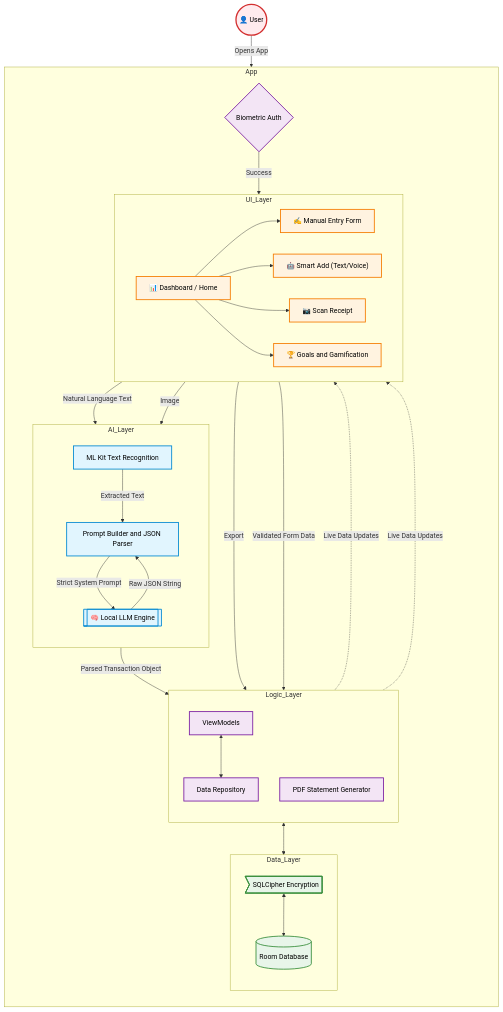
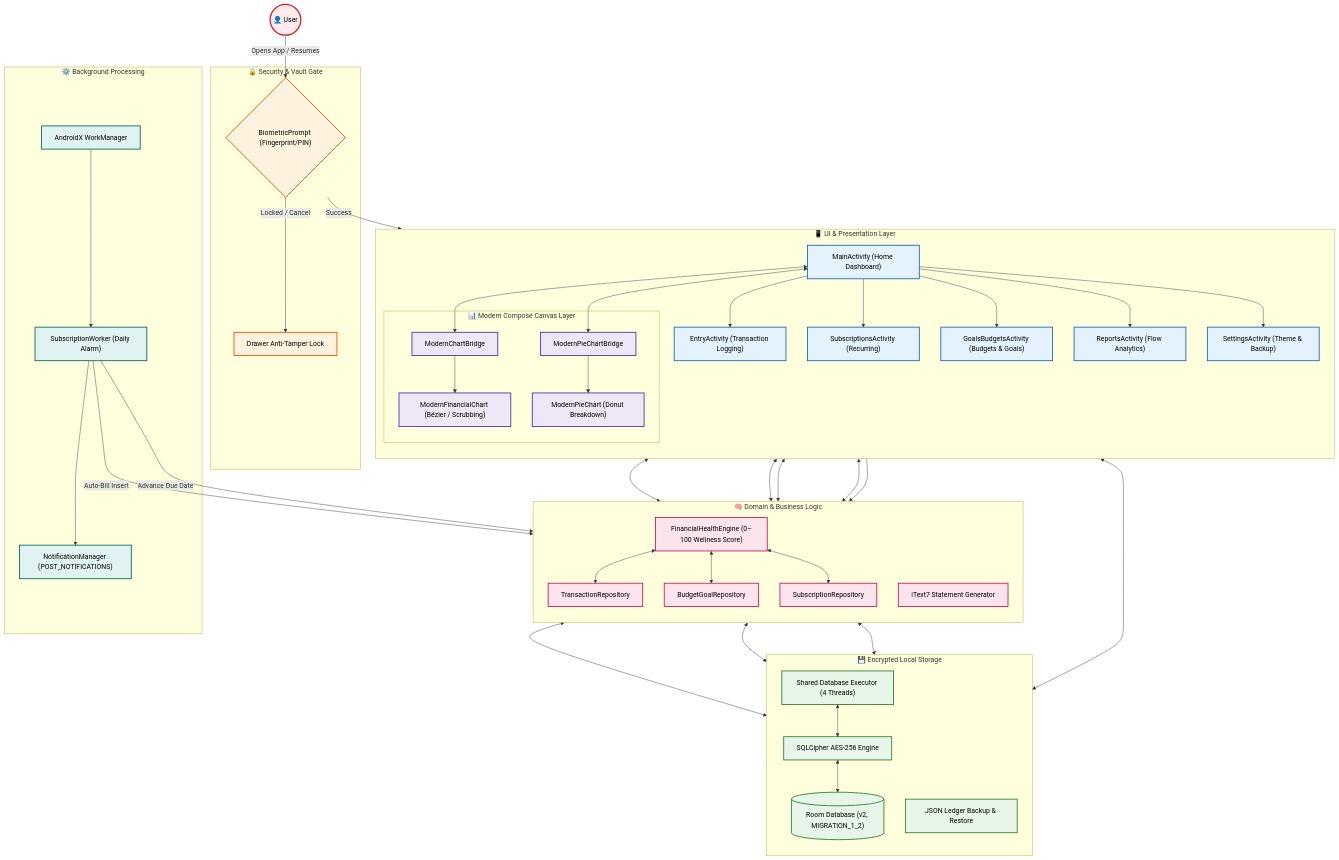
Before and after one commit to K7SUNNY/BalanceX: the diagram in docs/Architecture_Flow.md, drawn with Mermaid. The commit also changed other lines of this file and 6 other files, not shown here.

Commit message:
Update project documentation, architecture diagrams, and gitignore

````diff
--- a/docs/Architecture_Flow.md
+++ b/docs/Architecture_Flow.md
@@ -6,87 +6,98 @@
 flowchart TD
     %% Styling
     classDef default fill:#f9f9f9,stroke:#333,stroke-width:2px,color:#000
-    classDef ai fill:#e1f5fe,stroke:#0288d1,stroke-width:2px,color:#000
-    classDef data fill:#e8f5e9,stroke:#388e3c,stroke-width:2px,color:#000
-    classDef ui fill:#fff3e0,stroke:#f57c00,stroke-width:2px,color:#000
-    classDef logic fill:#f3e5f5,stroke:#7b1fa2,stroke-width:2px,color:#000
-    classDef user fill:#ffebee,stroke:#d32f2f,stroke-width:3px,color:#000
+    classDef security fill:#fff3e0,stroke:#e65100,stroke-width:2px,color:#000
+    classDef ui fill:#e3f2fd,stroke:#1565c0,stroke-width:2px,color:#000
+    classDef compose fill:#ede7f6,stroke:#512da8,stroke-width:2px,color:#000
+    classDef worker fill:#e0f2f1,stroke:#00695c,stroke-width:2px,color:#000
+    classDef logic fill:#fce4ec,stroke:#c2185b,stroke-width:2px,color:#000
+    classDef data fill:#e8f5e9,stroke:#2e7d32,stroke-width:2px,color:#000
+    classDef user fill:#ffebee,stroke:#c62828,stroke-width:3px,color:#000
 
     %% User
     User(("👤 User")):::user
-    
-    subgraph App
+
+    subgraph Security_Gate ["🔒 Security & Vault Gate"]
+        Auth{"BiometricPrompt (Fingerprint/PIN)"}:::security
+        DrawerLock["Drawer Anti-Tamper Lock"]:::security
+    end
+
+    subgraph UI_Layer ["📱 UI & Presentation Layer"]
         direction TB
+        MainActivity["MainActivity (Home Dashboard)"]:::ui
+        EntryActivity["EntryActivity (Transaction Logging)"]:::ui
+        SubscriptionsActivity["SubscriptionsActivity (Recurring)"]:::ui
+        GoalsBudgetsActivity["GoalsBudgetsActivity (Budgets & Goals)"]:::ui
+        ReportsActivity["ReportsActivity (Flow Analytics)"]:::ui
+        SettingsActivity["SettingsActivity (Theme & Backup)"]:::ui
         
-        %% Authentication
-        Auth{"Biometric Auth"}:::logic
-
-        %% UI Layer
-        subgraph UI_Layer
-            direction LR
-            Dashboard["📊 Dashboard / Home"]:::ui
-            ManualEntry["✍️ Manual Entry Form"]:::ui
-            SmartEntry["🤖 Smart Add (Text/Voice)"]:::ui
-            ReceiptScan["📷 Scan Receipt"]:::ui
-            Goals["🏆 Goals and Gamification"]:::ui
-        end
-
-        %% AI Intelligence Layer
-        subgraph AI_Layer
-            direction TB
-            OCR["ML Kit Text Recognition"]:::ai
-            PromptEngine["Prompt Builder and JSON Parser"]:::ai
-            LLM[["🧠 Local LLM Engine"]]:::ai
-        end
-        
-        %% Business Logic Layer
-        subgraph Logic_Layer
-            direction TB
-            VM["ViewModels"]:::logic
-            Repo["Data Repository"]:::logic
-            Statement["PDF Statement Generator"]:::logic
-        end
-        
-        %% Data Layer
-        subgraph Data_Layer
-            direction TB
-            SQLC>"SQLCipher Encryption"]:::data
-            Room[("Room Database")]:::data
+        subgraph Compose_Visualizations ["📊 Modern Compose Canvas Layer"]
+            ChartBridge["ModernChartBridge"]:::compose
+            PieBridge["ModernPieChartBridge"]:::compose
+            ModernChart["ModernFinancialChart (Bézier / Scrubbing)"]:::compose
+            ModernPie["ModernPieChart (Donut Breakdown)"]:::compose
         end
     end
 
-    %% --- Connections & Data Flow ---
+    subgraph Background_Workers ["⚙️ Background Processing"]
+        WorkManager["AndroidX WorkManager"]:::worker
+        SubWorker["SubscriptionWorker (Daily Alarm)"]:::worker
+        NotifManager["NotificationManager (POST_NOTIFICATIONS)"]:::worker
+    end
+
+    subgraph Business_Logic ["🧠 Domain & Business Logic"]
+        direction TB
+        HealthEngine["FinancialHealthEngine (0–100 Wellness Score)"]:::logic
+        TxRepo["TransactionRepository"]:::logic
+        SubRepo["SubscriptionRepository"]:::logic
+        BudgetRepo["BudgetGoalRepository"]:::logic
+        PDFGen["iText7 Statement Generator"]:::logic
+    end
+
+    subgraph Encrypted_Data_Layer ["💾 Encrypted Local Storage"]
+        direction TB
+        Exec["Shared Database Executor (4 Threads)"]:::data
+        SQLCipher["SQLCipher AES-256 Engine"]:::data
+        AppDB[("Room Database (v2, MIGRATION_1_2)")]:::data
+        JSONBackup["JSON Ledger Backup & Restore"]:::data
+    end
+
+    %% Flow Connections
+    User -- Opens App / Resumes --> Auth
+    Auth -- Success --> MainActivity
+    Auth -- Locked / Cancel --> DrawerLock
     
-    %% Login Flow
-    User -- Opens App --> Auth
-    Auth -- Success --> Dashboard
-    
-    %% Navigation
-    Dashboard --> ManualEntry
-    Dashboard --> SmartEntry
-    Dashboard --> ReceiptScan
-    Dashboard --> Goals
-    Dashboard -- Export --> Statement
-    
-    %% Manual Data Entry
-    ManualEntry -- Validated Form Data --> VM
-    
-    %% Smart AI Flow
-    SmartEntry -- Natural Language Text --> PromptEngine
-    PromptEngine -- Strict System Prompt --> LLM
-    LLM -- Raw JSON String --> PromptEngine
-    PromptEngine -- Parsed Transaction Object --> VM
-    
-    %% Receipt OCR Flow
-    ReceiptScan -- Image --> OCR
-    OCR -- Extracted Text --> PromptEngine
-    
-    %% Logic to Data Flow
-    VM <--> Repo
-    Repo <--> SQLC
-    SQLC <--> Room
-    
-    %% Data to UI Flow
-    Repo -. Live Data Updates .-> Dashboard
-    Repo -. Live Data Updates .-> Goals
+    MainActivity --> EntryActivity
+    MainActivity --> SubscriptionsActivity
+    MainActivity --> GoalsBudgetsActivity
+    MainActivity --> ReportsActivity
+    MainActivity --> SettingsActivity
+
+    MainActivity <--> ChartBridge
+    MainActivity <--> PieBridge
+    ChartBridge --> ModernChart
+    PieBridge --> ModernPie
+
+    WorkManager --> SubWorker
+    SubWorker --> NotifManager
+    SubWorker -- Auto-Bill Insert --> TxRepo
+    SubWorker -- Advance Due Date --> SubRepo
+
+    MainActivity <--> HealthEngine
+    GoalsBudgetsActivity <--> BudgetRepo
+    SubscriptionsActivity <--> SubRepo
+    ReportsActivity <--> TxRepo
+    SettingsActivity <--> JSONBackup
+    ReportsActivity --> PDFGen
+
+    HealthEngine <--> TxRepo
+    HealthEngine <--> BudgetRepo
+    HealthEngine <--> SubRepo
+
+    TxRepo <--> Exec
+    SubRepo <--> Exec
+    BudgetRepo <--> Exec
+
+    Exec <--> SQLCipher
+    SQLCipher <--> AppDB
 ```
````
